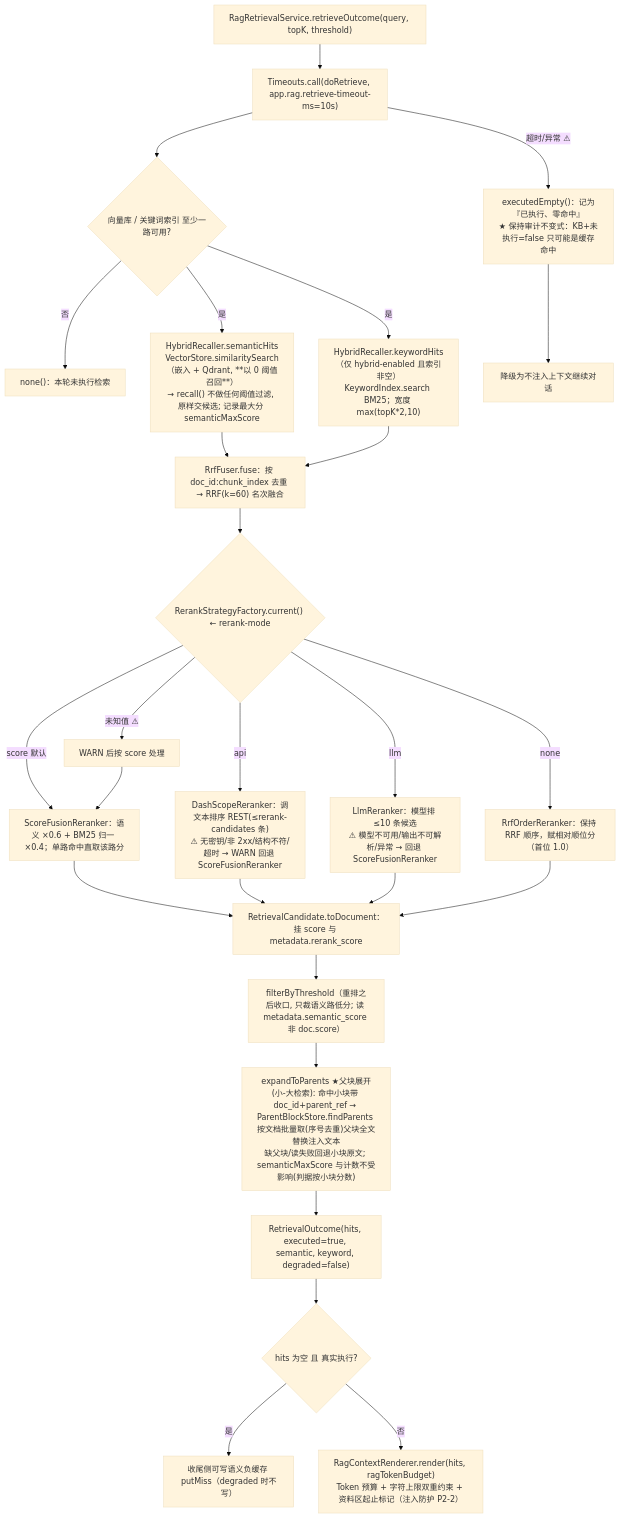
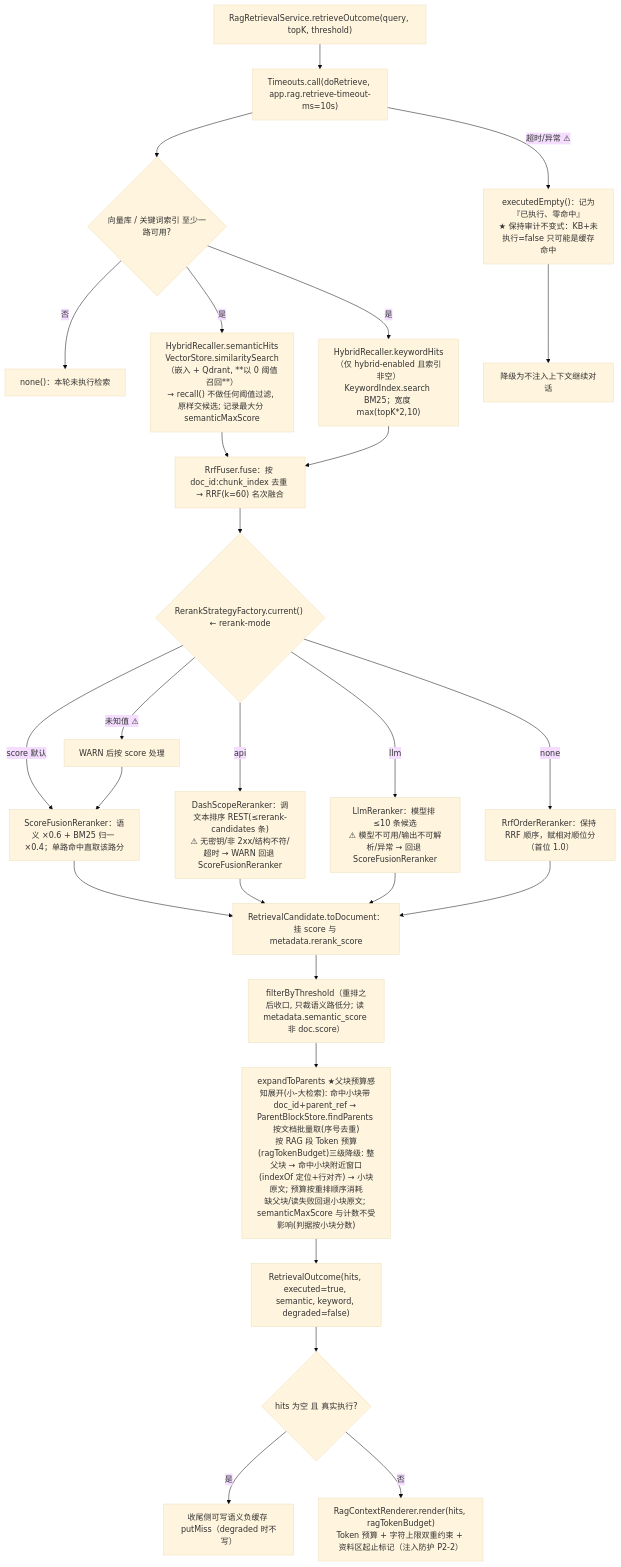
Before and after one commit to suiyile02/cc-ai-agent: diagram 11 of 20 in docs/flow-map.md, drawn with Mermaid (base theme). The commit also changed other lines of this file and 12 other files, not shown here.

First line of the commit message:
feat(rag): 父块预算感知分级展开——整父块/命中窗口/小块三级降级

````diff
--- a/docs/flow-map.md
+++ b/docs/flow-map.md
@@ -449,29 +449,29 @@
 ```mermaid
 flowchart TD
     R0["RagRetrievalService.retrieveOutcome(query, topK, threshold)"] --> R3["Timeouts.call(doRetrieve, app.rag.retrieve-timeout-ms=10s)"]
     R3 --> R1{"向量库 / 关键词索引 至少一路可用?"}
     R1 -->|否| R2["none()：本轮未执行检索"]
     R1 -->|是| R4["HybridRecaller.semanticHits<br/>VectorStore.similaritySearch（嵌入 + Qdrant, **以 0 阈值召回**）<br/>→ recall() 不做任何阈值过滤, 原样交候选; 记录最大分 semanticMaxScore"]
     R1 -->|是| R5["HybridRecaller.keywordHits（仅 hybrid-enabled 且索引非空）<br/>KeywordIndex.search BM25；宽度 max(topK*2,10)"]
     R4 --> R6["RrfFuser.fuse：按 doc_id:chunk_index 去重 → RRF(k=60) 名次融合"]
     R5 --> R6
     R6 --> R7{"RerankStrategyFactory.current() ← rerank-mode"}
     R7 -->|score 默认| R8["ScoreFusionReranker：语义 ×0.6 + BM25 归一 ×0.4；单路命中直取该路分"]
     R7 -->|api| R8B["DashScopeReranker：调文本排序 REST(≤rerank-candidates 条)<br/>⚠ 无密钥/非 2xx/结构不符/超时 → WARN 回退 ScoreFusionReranker"]
     R7 -->|llm| R9["LlmReranker：模型排 ≤10 条候选<br/>⚠ 模型不可用/输出不可解析/异常 → 回退 ScoreFusionReranker"]
     R7 -->|none| R10["RrfOrderReranker：保持 RRF 顺序，赋相对顺位分（首位 1.0）"]
     R7 -->|"未知值 ⚠"| R11["WARN 后按 score 处理"]
     R8 --> R12["RetrievalCandidate.toDocument：挂 score 与 metadata.rerank_score"]
     R8B --> R12
     R9 --> R12
     R10 --> R12
     R11 --> R8
     R12 --> R12B["filterByThreshold（重排之后收口, 只裁语义路低分; 读 metadata.semantic_score 非 doc.score）"]
-    R12B --> R12C["expandToParents ★父块展开(小-大检索): 命中小块带 doc_id+parent_ref → ParentBlockStore.findParents 按文档批量取(序号去重)父块全文替换注入文本<br/>缺父块/读失败回退小块原文; semanticMaxScore 与计数不受影响(判据按小块分数)"]
+    R12B --> R12C["expandToParents ★父块预算感知展开(小-大检索): 命中小块带 doc_id+parent_ref → ParentBlockStore.findParents 按文档批量取(序号去重)<br/>按 RAG 段 Token 预算(ragTokenBudget)三级降级: 整父块 → 命中小块附近窗口(indexOf 定位+行对齐) → 小块原文; 预算按重排顺序消耗<br/>缺父块/读失败回退小块原文; semanticMaxScore 与计数不受影响(判据按小块分数)"]
     R12C --> R13["RetrievalOutcome(hits, executed=true, semantic, keyword, degraded=false)"]
     R3 -->|"超时/异常 ⚠"| R14["executedEmpty()：记为『已执行、零命中』<br/>★ 保持审计不变式：KB+未执行=false 只可能是缓存命中"]
     R14 --> R15["降级为不注入上下文继续对话"]
     R13 --> R16{"hits 为空 且 真实执行?"}
     R16 -->|是| R17["收尾侧可写语义负缓存 putMiss（degraded 时不写）"]
     R16 -->|否| R18["RagContextRenderer.render(hits, ragTokenBudget)<br/>Token 预算 + 字符上限双重约束 + 资料区起止标记（注入防护 P2-2）"]
 ```
````
